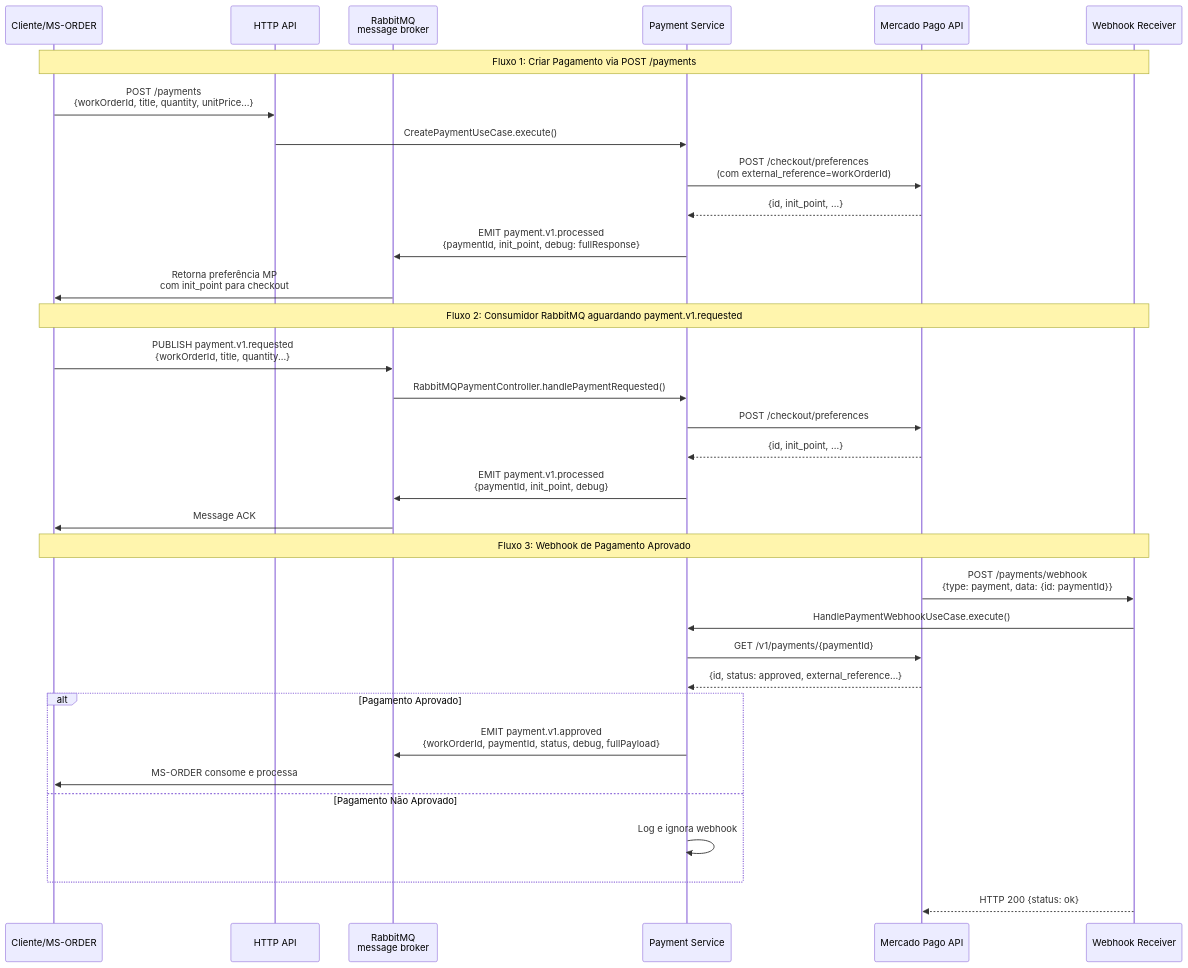
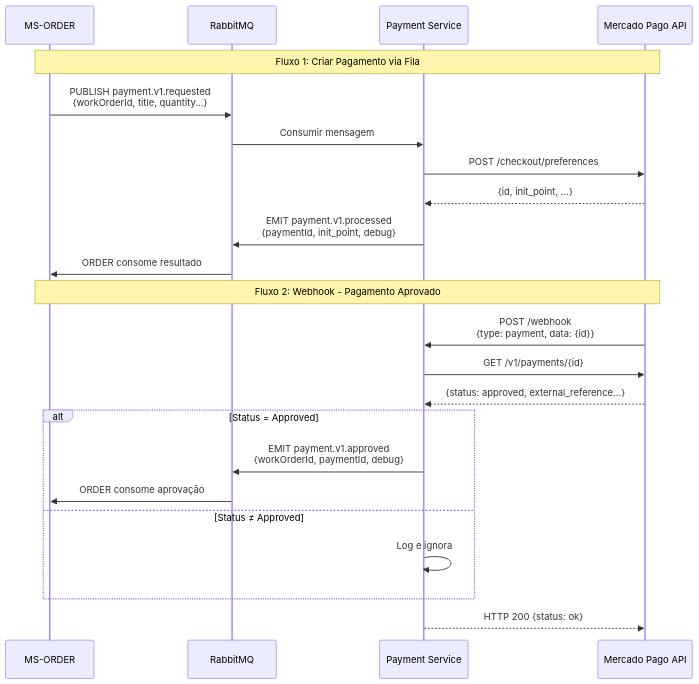
One commit to ViniciusMarinheiro/SOAT12-FSMT-MS-PAYMENT changed the first of 4 diagrams in DIAGRAMA.md. Above: the diagram before and after it, drawn with Mermaid.

Commit message:
feat: atualiza diagrama de sequência para refletir o fluxo de pagamento via RabbitMQ e webhook

````diff
--- a/DIAGRAMA.md
+++ b/DIAGRAMA.md
@@ -5,43 +5,31 @@
 ```mermaid
 sequenceDiagram
-    participant Cliente as Cliente/MS-ORDER
-    participant HTTP as HTTP API
-    participant RabbitMQ as RabbitMQ<br/>message broker
-    participant PaymentService as Payment Service
-    participant MercadoPago as Mercado Pago API
-    participant Webhook as Webhook Receiver
+    participant ORDER as MS-ORDER
+    participant RabbitMQ as RabbitMQ
+    participant Payment as Payment Service
+    participant MP as Mercado Pago API
 
-    Note over Cliente,Webhook: Fluxo 1: Criar Pagamento via POST /payments
+    Note over ORDER,MP: Fluxo 1: Criar Pagamento via Fila
 
-    Cliente->>HTTP: POST /payments<br/>{workOrderId, title, quantity, unitPrice...}
-    HTTP->>PaymentService: CreatePaymentUseCase.execute()
-    PaymentService->>MercadoPago: POST /checkout/preferences<br/>(com external_reference=workOrderId)
-    MercadoPago-->>PaymentService: {id, init_point, ...}
-    PaymentService->>RabbitMQ: EMIT payment.v1.processed<br/>{paymentId, init_point, debug: fullResponse}
-    RabbitMQ->>Cliente: Retorna preferência MP<br/>com init_point para checkout
+    ORDER->>RabbitMQ: PUBLISH payment.v1.requested<br/>{workOrderId, title, quantity...}
+    RabbitMQ->>Payment: Consumir mensagem
+    Payment->>MP: POST /checkout/preferences
+    MP-->>Payment: {id, init_point, ...}
+    Payment->>RabbitMQ: EMIT payment.v1.processed<br/>{paymentId, init_point, debug}
+    RabbitMQ->>ORDER: ORDER consome resultado
+
+    Note over ORDER,MP: Fluxo 2: Webhook - Pagamento Aprovado
+
+    MP->>Payment: POST /webhook<br/>{type: payment, data: {id}}
+    Payment->>MP: GET /v1/payments/{id}
+    MP-->>Payment: {status: approved, external_reference...}
     
-    Note over Cliente,Webhook: Fluxo 2: Consumidor RabbitMQ aguardando payment.v1.requested
-
-    Cliente->>RabbitMQ: PUBLISH payment.v1.requested<br/>{workOrderId, title, quantity...}
-    RabbitMQ->>PaymentService: RabbitMQPaymentController.handlePaymentRequested()
-    PaymentService->>MercadoPago: POST /checkout/preferences
-    MercadoPago-->>PaymentService: {id, init_point, ...}
-    PaymentService->>RabbitMQ: EMIT payment.v1.processed<br/>{paymentId, init_point, debug}
-    RabbitMQ->>Cliente: Message ACK
-
-    Note over Cliente,Webhook: Fluxo 3: Webhook de Pagamento Aprovado
-
-    MercadoPago->>Webhook: POST /payments/webhook<br/>{type: payment, data: {id: paymentId}}
-    Webhook->>PaymentService: HandlePaymentWebhookUseCase.execute()
-    PaymentService->>MercadoPago: GET /v1/payments/{paymentId}
-    MercadoPago-->>PaymentService: {id, status: approved, external_reference...}
-    
-    alt Pagamento Aprovado
-        PaymentService->>RabbitMQ: EMIT payment.v1.approved<br/>{workOrderId, paymentId, status, debug, fullPayload}
-        RabbitMQ->>Cliente: MS-ORDER consome e processa
-    else Pagamento Não Aprovado
-        PaymentService->>PaymentService: Log e ignora webhook
+    alt Status = Approved
+        Payment->>RabbitMQ: EMIT payment.v1.approved<br/>{workOrderId, paymentId, debug}
+        RabbitMQ->>ORDER: ORDER consome aprovação
+    else Status ≠ Approved
+        Payment->>Payment: Log e ignora
     end
 
-    Webhook-->>MercadoPago: HTTP 200 {status: ok}
+    Payment-->>MP: HTTP 200 {status: ok}
 ```
````
